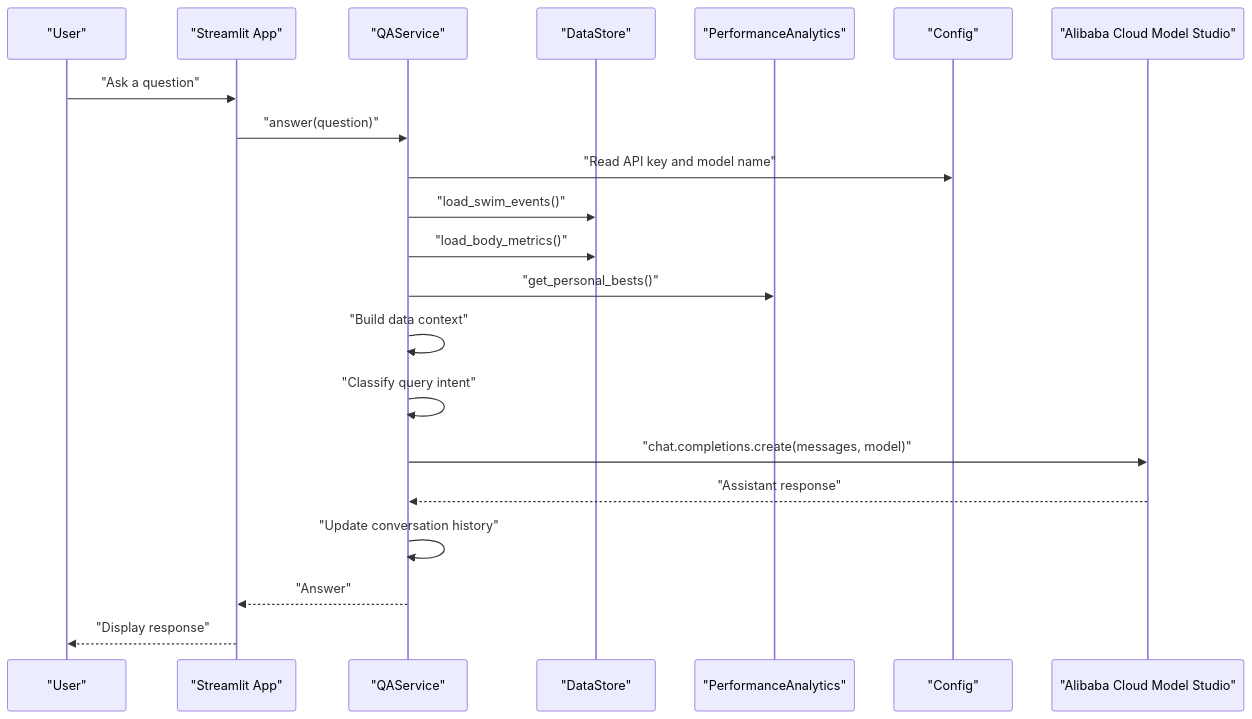
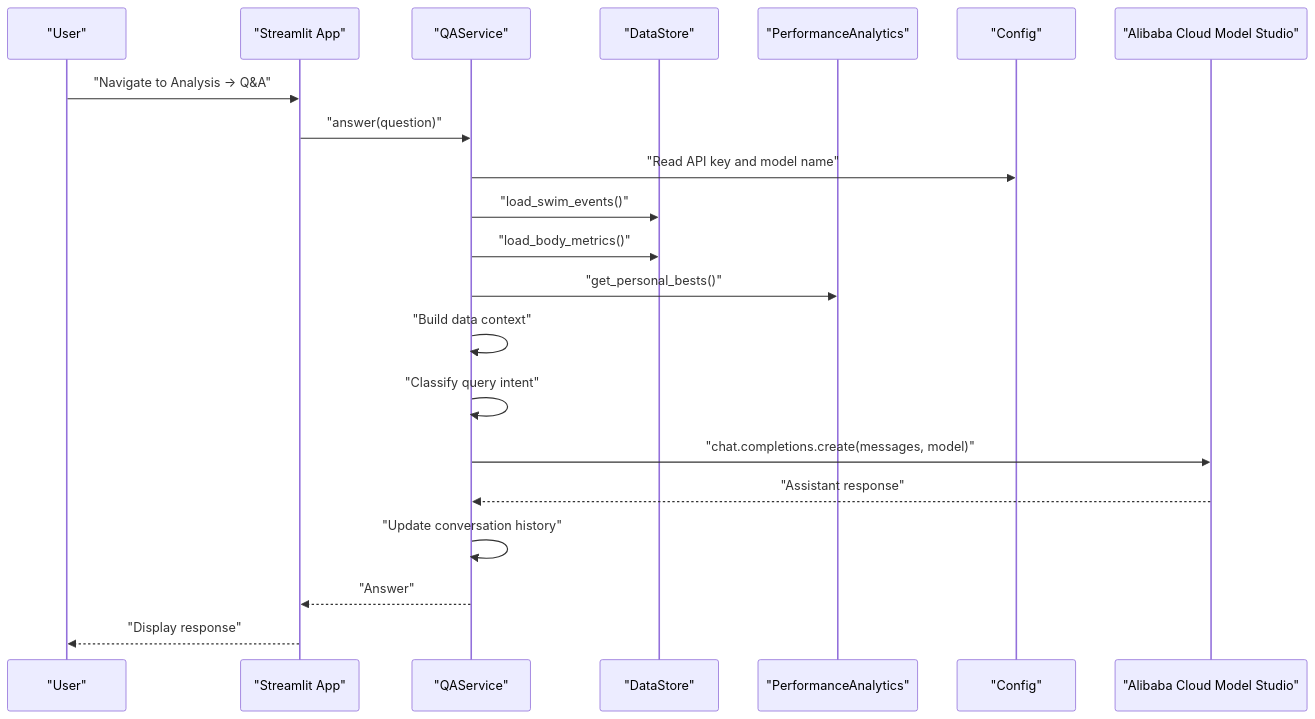
One commit to Johnny22056/SwimingStatus changed the third of 7 diagrams in .qoder/repowiki/en/content/Feature Modules/Q&A System.md. Above: the diagram before and after it, drawn with Mermaid. The commit also changed other lines of this file and 4 other files, not shown here.

First line of the commit message:
feat: UI modernization - dark theme, KPI cards, chart subtitles, table & button styling

````diff
--- a/.qoder/repowiki/en/content/Feature Modules/Q&A System.md
+++ b/.qoder/repowiki/en/content/Feature Modules/Q&A System.md
@@ -107,23 +149,23 @@
 ```mermaid
 sequenceDiagram
 participant User as "User"
 participant App as "Streamlit App"
 participant QA as "QAService"
 participant Store as "DataStore"
 participant Analytics as "PerformanceAnalytics"
 participant Config as "Config"
 participant Model as "Alibaba Cloud Model Studio"
-User->>App : "Ask a question"
+User->>App : "Navigate to Analysis → Q&A"
 App->>QA : "answer(question)"
 QA->>Config : "Read API key and model name"
 QA->>Store : "load_swim_events()"
 QA->>Store : "load_body_metrics()"
 QA->>Analytics : "get_personal_bests()"
 QA->>QA : "Build data context"
 QA->>QA : "Classify query intent"
 QA->>Model : "chat.completions.create(messages, model)"
 Model-->>QA : "Assistant response"
 QA->>QA : "Update conversation history"
 QA-->>App : "Answer"
 App-->>User : "Display response"
 ```
````
